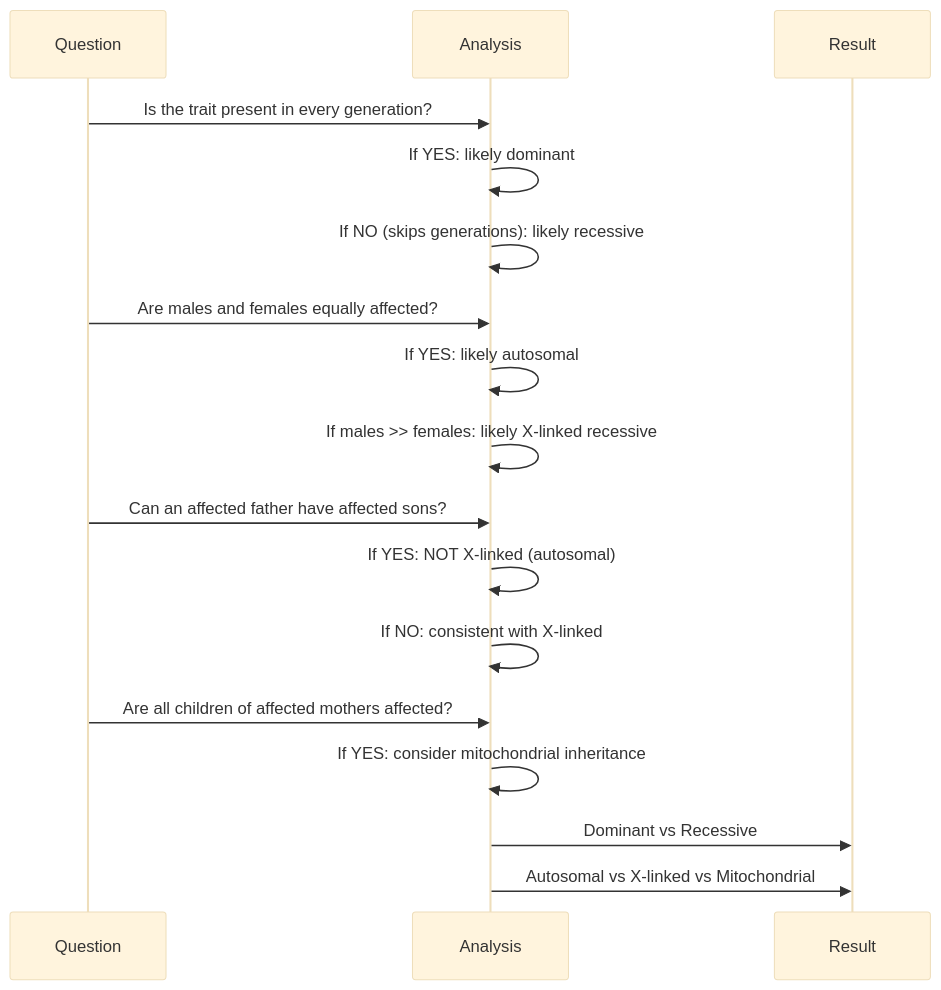
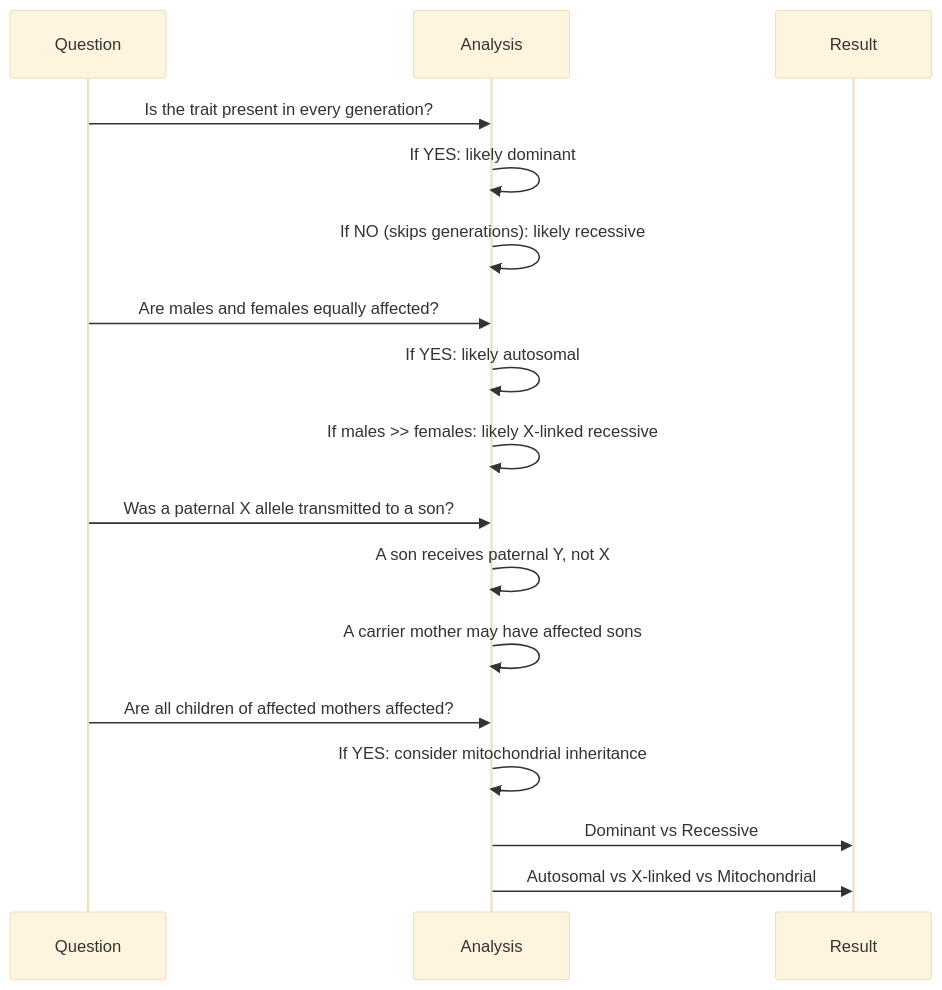
One commit to docxology/biology_textbook changed the third of 3 diagrams in docs/manuscript/unit_V/mendelian_extensions_and_human_genetics.md. Above: the diagram before and after it, drawn with Mermaid (base theme). The commit also changed other lines of this file and 444 other files, not shown here.

````diff
--- a/docs/manuscript/unit_V/mendelian_extensions_and_human_genetics.md
+++ b/docs/manuscript/unit_V/mendelian_extensions_and_human_genetics.md
@@ -621,24 +621,24 @@
 ```mermaid
 sequenceDiagram
     participant Q as Question
     participant A as Analysis
     participant R as Result
 
     Q->>A: Is the trait present in every generation?
     A->>A: If YES: likely dominant
     A->>A: If NO (skips generations): likely recessive
 
     Q->>A: Are males and females equally affected?
     A->>A: If YES: likely autosomal
     A->>A: If males >> females: likely X-linked recessive
 
-    Q->>A: Can an affected father have affected sons?
-    A->>A: If YES: NOT X-linked (autosomal)
-    A->>A: If NO: consistent with X-linked
+    Q->>A: Was a paternal X allele transmitted to a son?
+    A->>A: A son receives paternal Y, not X
+    A->>A: A carrier mother may have affected sons
 
     Q->>A: Are all children of affected mothers affected?
     A->>A: If YES: consider mitochondrial inheritance
 
     A->>R: Dominant vs Recessive
     A->>R: Autosomal vs X-linked vs Mitochondrial
 ```
````
